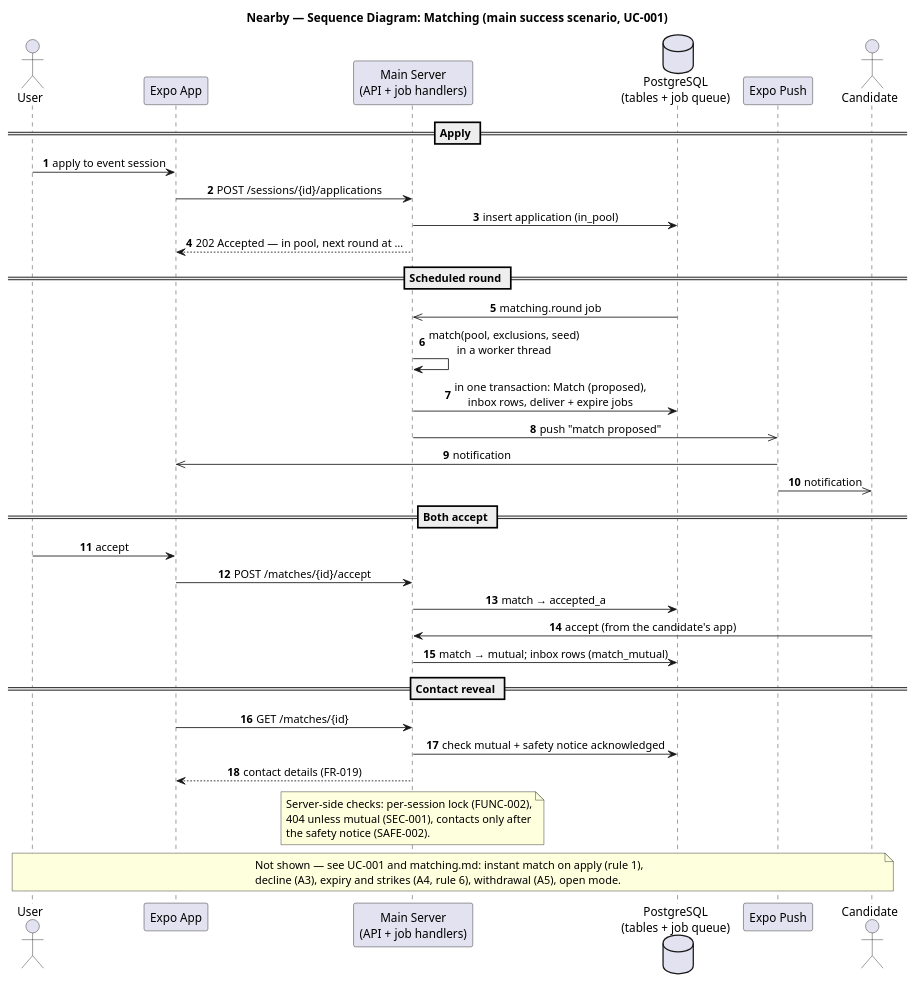
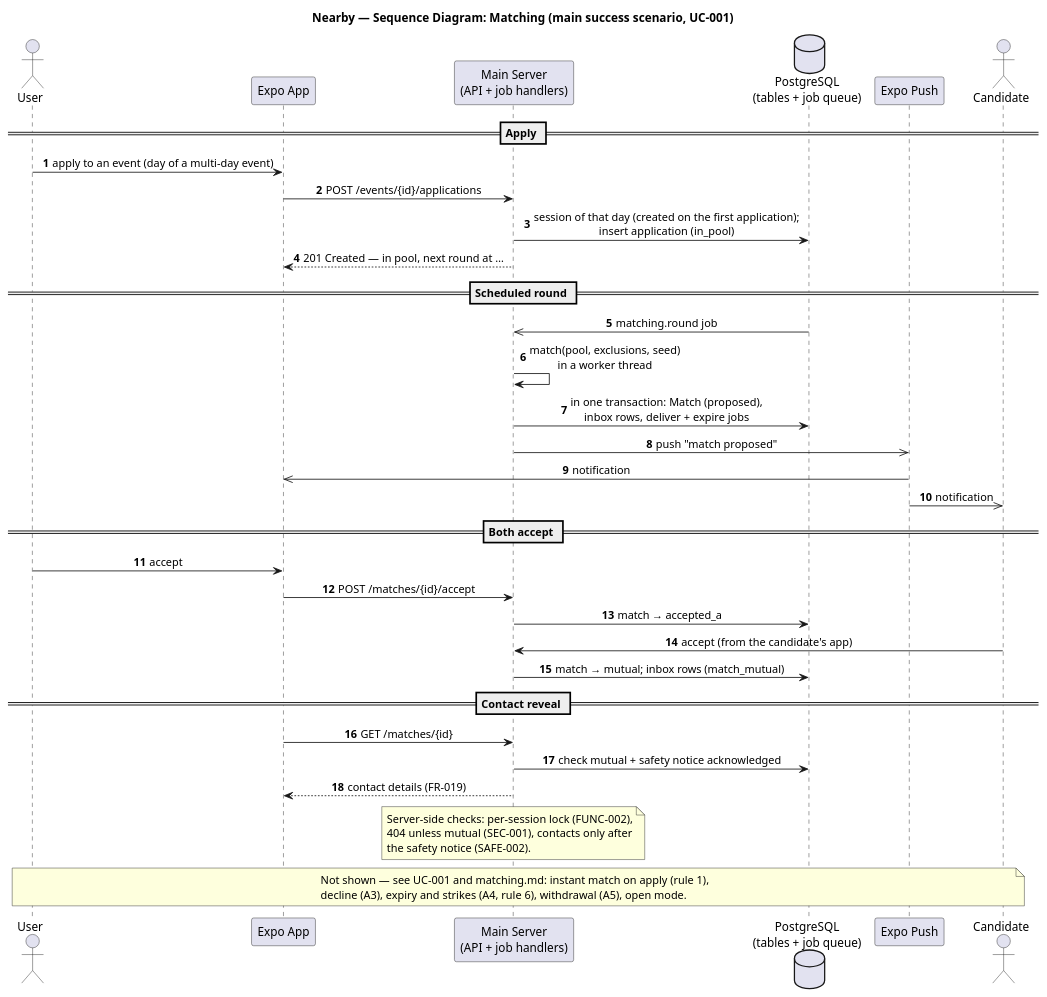
One commit to ukma-fin-ssdm-2026/pun-intended-team changed the diagram in docs/architecture/uml/sequence-diagram-matching.puml. Above: the diagram before and after it, drawn with PlantUML. The commit also changed 28 other files, not shown here.

Commit message:
(#374) Apply to an event, list and withdraw applications

```diff
--- a/docs/architecture/uml/sequence-diagram-matching.puml
+++ b/docs/architecture/uml/sequence-diagram-matching.puml
@@ -1,62 +1,62 @@
 @startuml sequence-diagram-matching
 /'
   AI Usage Note
   Drafted with Claude; updated to match matching.md, notifications.md,
   data-model.md, UC-001 and high-level-design.md (I1, I3).
 '/
 title Nearby — Sequence Diagram: Matching (main success scenario, UC-001)
 
 skinparam shadowing false
 skinparam sequenceMessageAlign center
 skinparam responseMessageBelowArrow true
 autonumber
 
 actor "User" as U
 participant "Expo App" as APP
 participant "Main Server\n(API + job handlers)" as SRV
 database "PostgreSQL\n(tables + job queue)" as DB
 participant "Expo Push" as PUSH
 actor "Candidate" as C
 
 == Apply ==
 
-U -> APP : apply to event session
-APP -> SRV : POST /sessions/{id}/applications
-SRV -> DB : insert application (in_pool)
-SRV --> APP : 202 Accepted — in pool, next round at …
+U -> APP : apply to an event (day of a multi-day event)
+APP -> SRV : POST /events/{id}/applications
+SRV -> DB : session of that day (created on the first application);\ninsert application (in_pool)
+SRV --> APP : 201 Created — in pool, next round at …
 
 == Scheduled round ==
 
 DB ->> SRV : matching.round job
 SRV -> SRV : match(pool, exclusions, seed)\nin a worker thread
 SRV -> DB : in one transaction: Match (proposed),\ninbox rows, deliver + expire jobs
 SRV ->> PUSH : push "match proposed"
 PUSH ->> APP : notification
 PUSH ->> C : notification
 
 == Both accept ==
 
 U -> APP : accept
 APP -> SRV : POST /matches/{id}/accept
 SRV -> DB : match → accepted_a
 C -> SRV : accept (from the candidate's app)
 SRV -> DB : match → mutual; inbox rows (match_mutual)
 
 == Contact reveal ==
 
 APP -> SRV : GET /matches/{id}
 SRV -> DB : check mutual + safety notice acknowledged
 SRV --> APP : contact details (FR-019)
 
 note over SRV
   Server-side checks: per-session lock (FUNC-002),
   404 unless mutual (SEC-001), contacts only after
   the safety notice (SAFE-002).
 end note
 
 note over U, C
   Not shown — see UC-001 and matching.md: instant match on apply (rule 1),
   decline (A3), expiry and strikes (A4, rule 6), withdrawal (A5), open mode.
 end note
 
 @enduml
```
